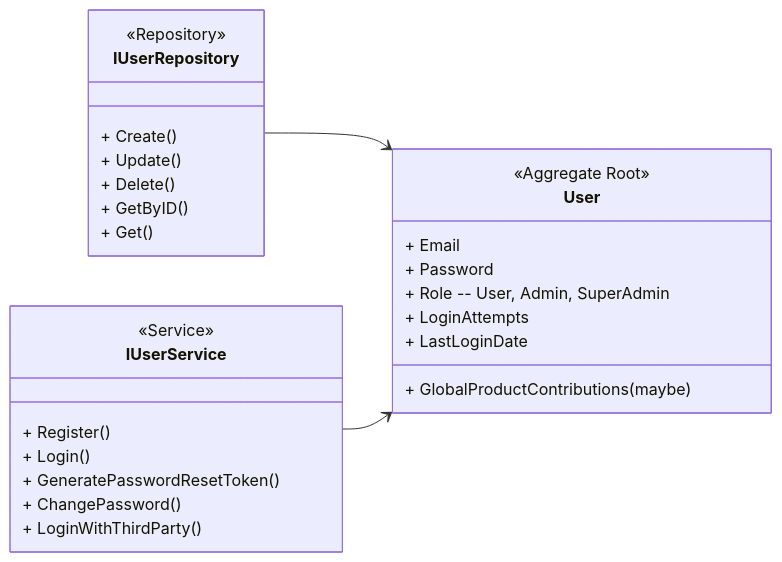
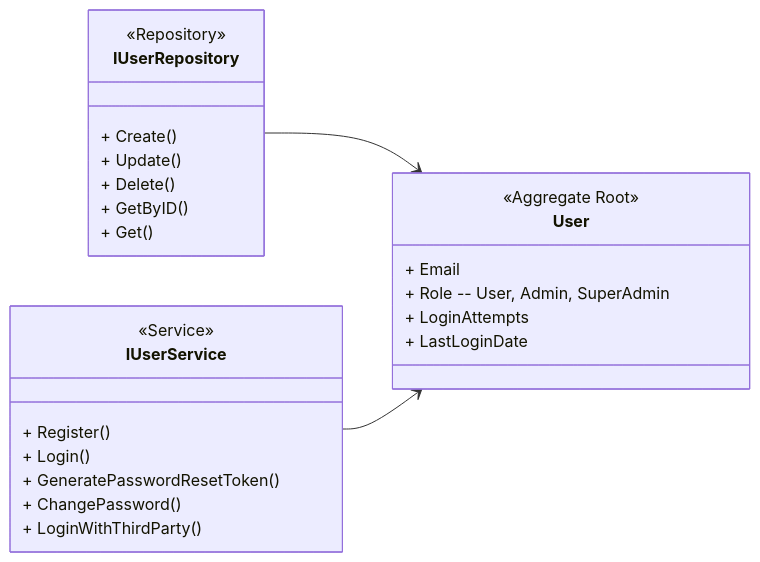
The second of 6 diagrams in docs/plan/relations.md (JoachimTislov/foodsavr), drawn with Mermaid before and after one commit. The commit also changed other lines of this file and 4 other files, not shown here.

Commit message:
docs: align project documentation with current firebase-based architecture

````diff
--- a/docs/plan/relations.md
+++ b/docs/plan/relations.md
@@ -65,35 +50,33 @@
 ```mermaid
 classDiagram
     direction LR
 
     class IUserRepository {
         <<Repository>>
         + Create()
         + Update()
         + Delete()
         + GetByID()
         + Get()
     }
 
     class IUserService {
         <<Service>>
         + Register()
         + Login()
         + GeneratePasswordResetToken()
         + ChangePassword()
         + LoginWithThirdParty()
     }
 
     class User {
         <<Aggregate Root>>
         + Email
-        + Password
         + Role -- User, Admin, SuperAdmin
         + LoginAttempts
         + LastLoginDate
-        + GlobalProductContributions (maybe)
     }
 
     IUserRepository --> User
     IUserService --> User
 ```
````
